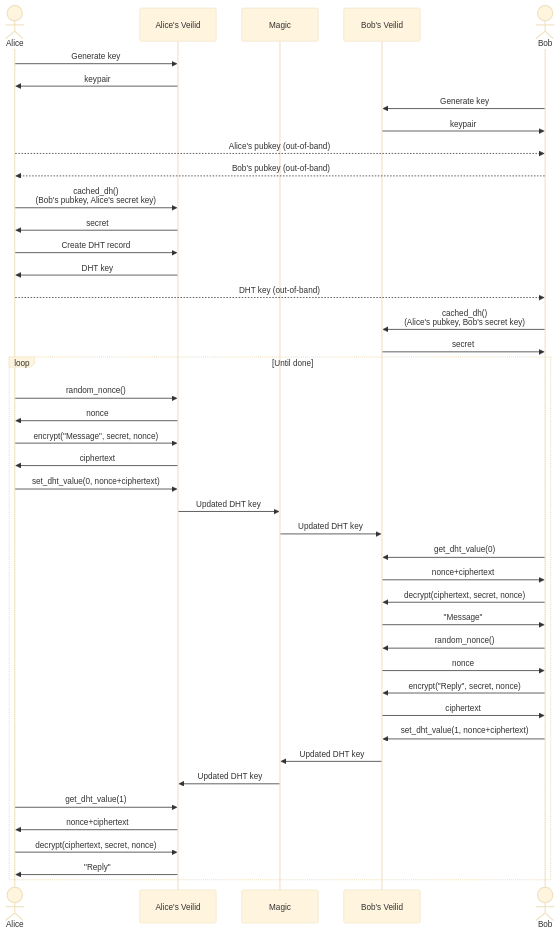
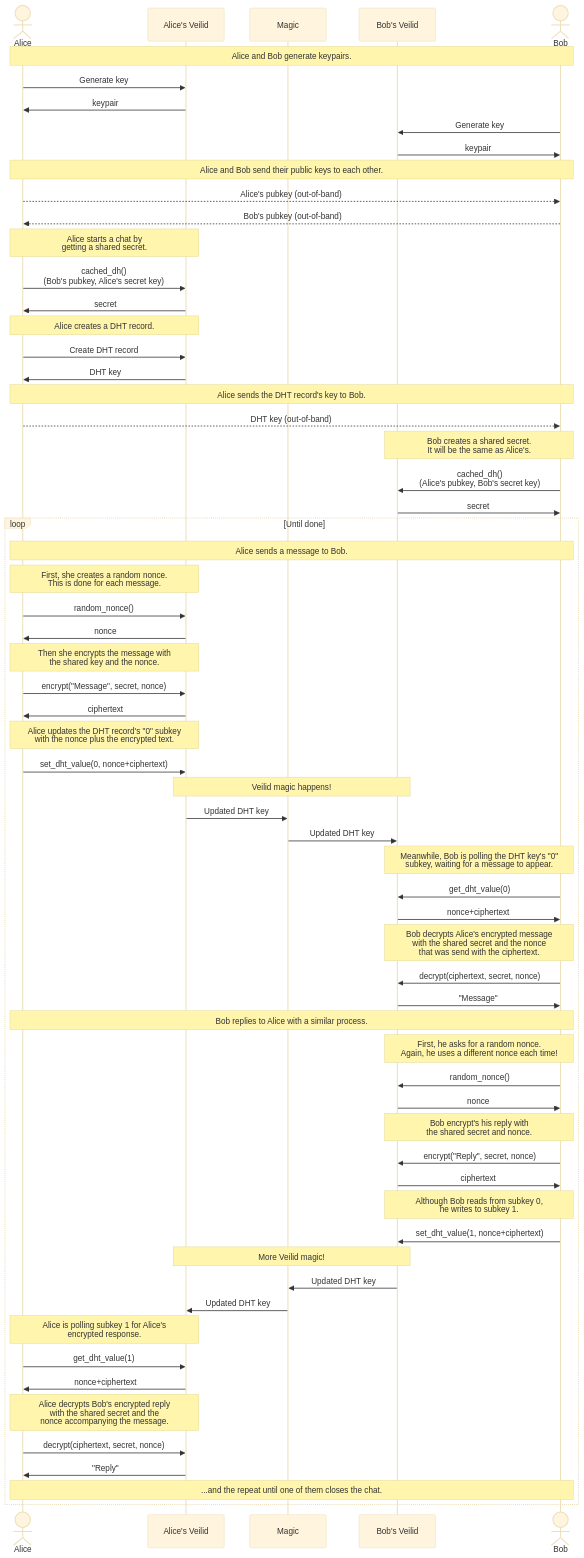
The diagram in README.md (TheShellLand/python-demo), drawn with Mermaid (base theme) before and after one commit.

Commit message:
Add the notes from the raw markdown into the mermaid diagram so users can read them directly

````diff
--- a/README.md
+++ b/README.md
@@ -71,85 +71,82 @@
     participant Vb as Bob's Veilid
     actor Bob
 
-    # Alice and Bob generate keypairs. They send their public keys to each other.
+
+    Note over Alice,Bob: Alice and Bob generate keypairs.
     Alice ->> Va: Generate key
     Va ->> Alice: keypair
     Bob ->> Vb: Generate key
     Vb ->> Bob: keypair
+    Note over Alice,Bob: Alice and Bob send their public keys to each other.
     Alice -->> Bob: Alice's pubkey (out-of-band)
     Bob -->> Alice: Bob's pubkey (out-of-band)
 
-    # Alice starts a chat by getting a shared secret.
+    Note over Alice,Va: Alice starts a chat by<br/>getting a shared secret.
     Alice ->> Va: cached_dh()<br>(Bob's pubkey, Alice's secret key)
     Va ->> Alice: secret
 
-    # Alice creates a DHT record.
+    Note over Alice,Va: Alice creates a DHT record.
     Alice ->> Va: Create DHT record
     Va ->> Alice: DHT key
 
-    # Alice sends the DHT record's key to Bob.
+    Note over Alice,Bob: Alice sends the DHT record's key to Bob.
     Alice -->> Bob: DHT key (out-of-band)
 
-    # Bob creates a shared secret. It will be the same as Alice's.
+    Note over Bob,Vb: Bob creates a shared secret.<br/>It will be the same as Alice's.
     Bob ->> Vb: cached_dh()<br>(Alice's pubkey, Bob's secret key)
     Vb ->> Bob: secret
 
     loop Until done
-        # Alice sends a message to Bob.
+        Note over Alice,Bob: Alice sends a message to Bob.
 
-        # First, she creates a random nonce. This is done for each message.
+        Note over Alice,Va: First, she creates a random nonce.<br/>This is done for each message.
         Alice ->> Va: random_nonce()
         Va ->> Alice: nonce
 
-        # Then she encrypts the message with the shared key and the nonce.
+        Note over Alice,Va: Then she encrypts the message with<br/>the shared key and the nonce.
         Alice ->> Va: encrypt("Message", secret, nonce)
         Va ->> Alice: ciphertext
 
-        # Alice updates the DHT record's "0" subkey with the nonce plus
-        # the encrypted text.
+        Note over Alice,Va: Alice updates the DHT record's "0" subkey<br/>with the nonce plus the encrypted text.
         Alice ->> Va: set_dht_value(0, nonce+ciphertext)
 
-        # Veilid magic happens!
+        Note over Va,Vb:  Veilid magic happens!
         Va ->> Magic: Updated DHT key
         Magic ->> Vb: Updated DHT key
 
-        # Meanwhile, Bob is polling the DHT key's "0" subkey, waiting
-        # for a message to appear.
+        Note over Bob,Vb:  Meanwhile, Bob is polling the DHT key's "0"<br/>subkey, waiting for a message to appear.
         Bob ->> Vb: get_dht_value(0)
         Vb ->> Bob: nonce+ciphertext
 
-        # Bob decrypts Alice's encrypted message with the shared secret
-        # and the nonce that was send with the ciphertext.
+        Note over Bob,Vb: Bob decrypts Alice's encrypted message<br/>with the shared secret and the nonce<br/>that was send with the ciphertext.
         Bob ->> Vb: decrypt(ciphertext, secret, nonce)
         Vb->> Bob: "Message"
 
-        # Bob replies to Alice with a similar process.
+        Note over Alice,Bob: Bob replies to Alice with a similar process.
 
-        # First, he asks for a random nonce. Again, he uses a different
-        # nonce each time!
+        Note over Bob,Vb: First, he asks for a random nonce.<br/>Again, he uses a different nonce each time!
         Bob ->> Vb: random_nonce()
         Vb ->> Bob: nonce
 
-        # Bob encrypt's his reply with the shared secret and nonce.
+        Note over Bob,Vb: Bob encrypt's his reply with<br/>the shared secret and nonce.
         Bob ->> Vb: encrypt("Reply", secret, nonce)
         Vb ->> Bob: ciphertext
 
-        # Although Bob reads from subkey 0, he writes to subkey 1.
+        Note over Bob,Vb:  Although Bob reads from subkey 0,<br/>he writes to subkey 1.
         Bob ->> Vb: set_dht_value(1, nonce+ciphertext)
+
+        Note over Va,Vb: More Veilid magic!
         Vb ->> Magic: Updated DHT key
-
-        # More Veilid magic!
         Magic ->> Va: Updated DHT key
 
-        # Alice is polling subkey 1 for Alice's encrypted response.
+        Note over Alice,Va: Alice is polling subkey 1 for Alice's<br/>encrypted response.
         Alice ->> Va: get_dht_value(1)
         Va ->> Alice: nonce+ciphertext
 
-        # Alice decrypts Bob's encrypted reply with the shared secret
-        # and the nonce accompanying the message.
+        Note over Alice,Va:  Alice decrypts Bob's encrypted reply<br/>with the shared secret and the<br/>nonce accompanying the message.
         Alice ->> Va: decrypt(ciphertext, secret, nonce)
         Va ->> Alice: "Reply"
 
-        # ...and the repeat until one of them closes the chat.
+        Note over Alice,Bob: ...and the repeat until one of them closes the chat.
     end
 ```
````
